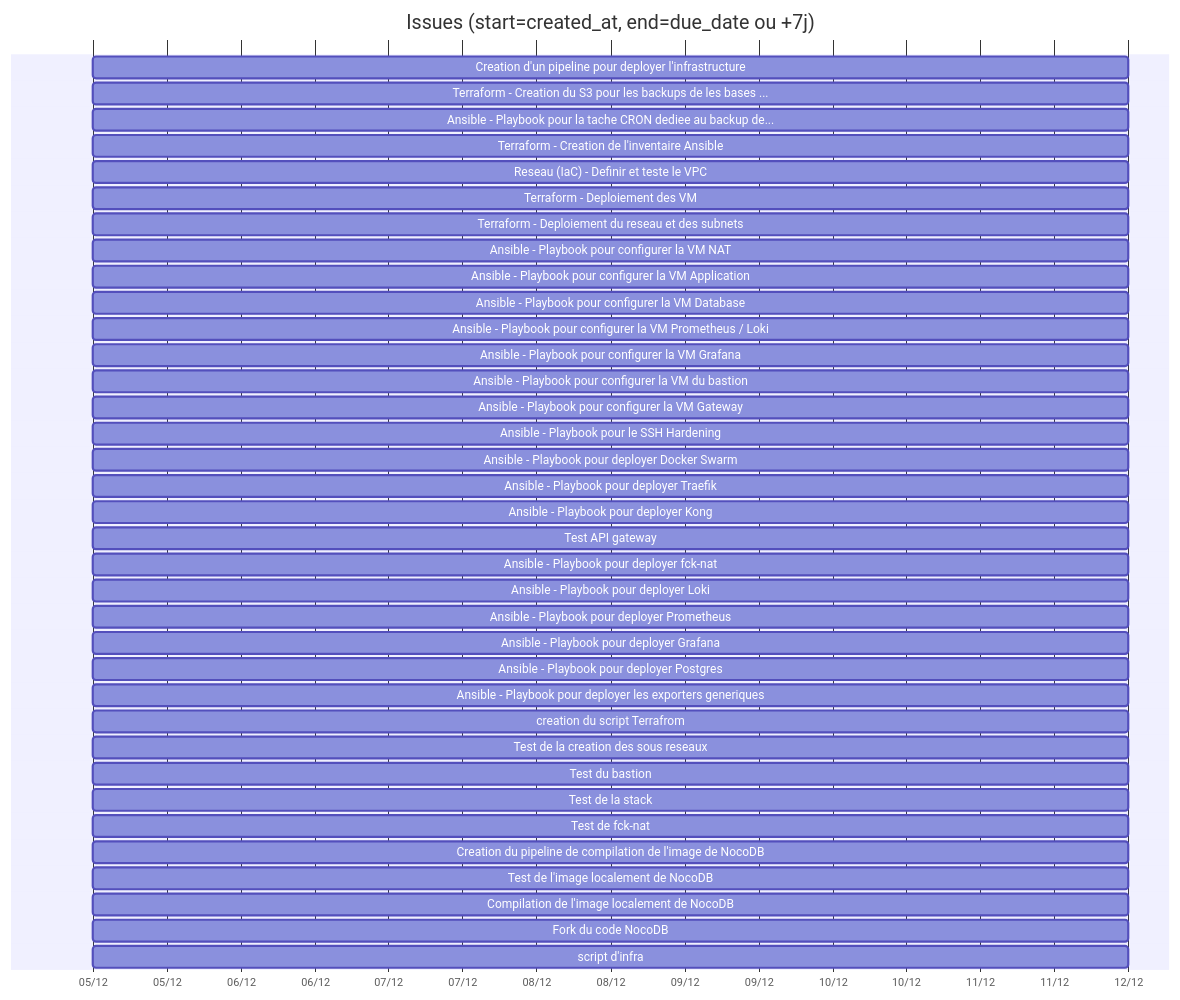
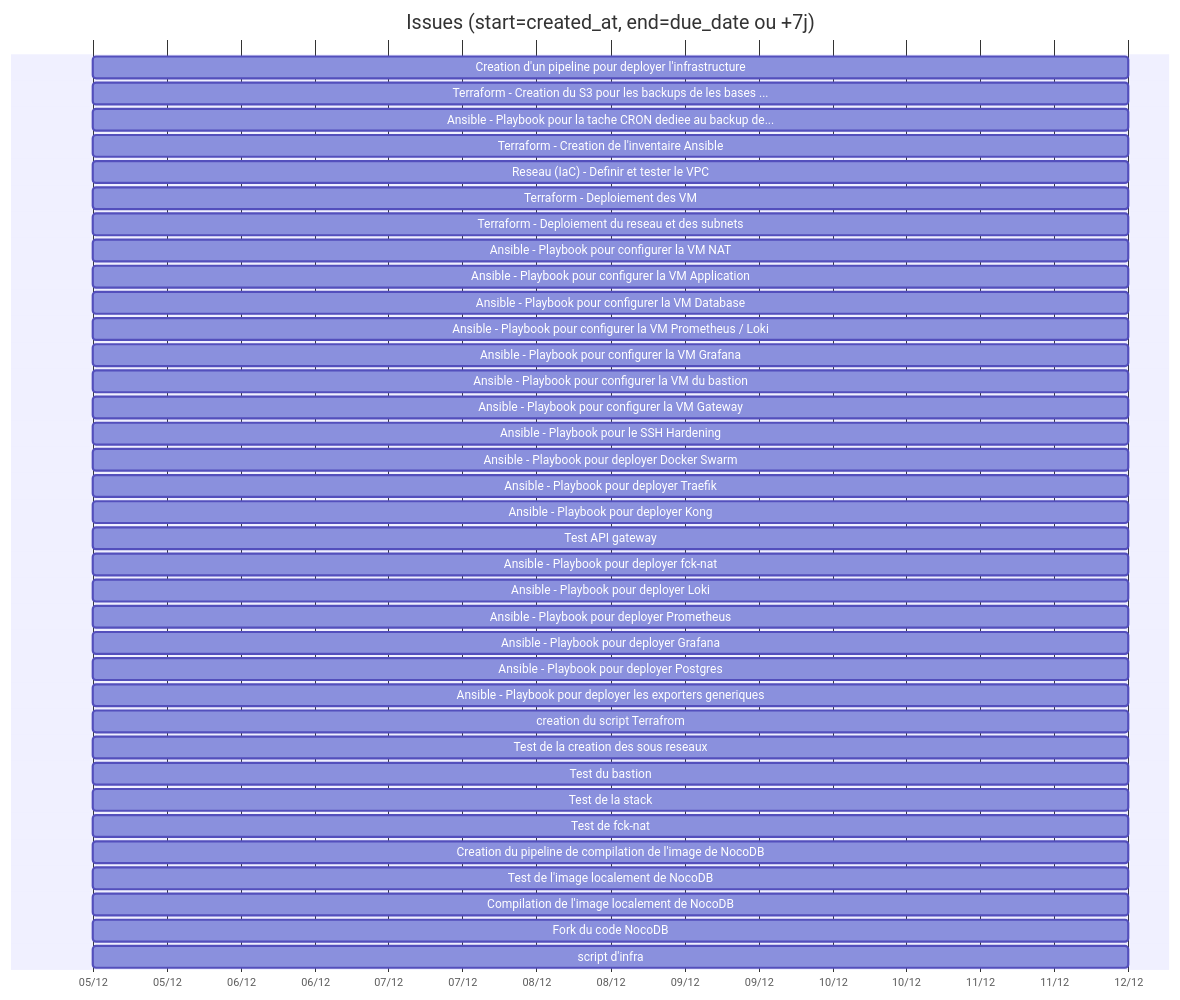
Before and after one commit to Gooseppr/GevOps_LC: the tenth of 10 diagrams in modules/M40.projet-test.md, drawn with Mermaid. The commit also changed other lines of this file, not shown here.

````diff
--- a/modules/M40.projet-test.md
+++ b/modules/M40.projet-test.md
@@ -490,41 +235,41 @@
 ```mermaid
 gantt
     title Issues (start=created_at, end=due_date ou +7j)
     dateFormat  YYYY-MM-DD
     axisFormat  %d/%m
     Creation d'un pipeline pour deployer l'infrastructure : 2025-12-05, 7d
     Terraform - Creation du S3 pour les backups de les bases ... : 2025-12-05, 7d
     Ansible - Playbook pour la tache CRON dediee au backup de... : 2025-12-05, 7d
     Terraform - Creation de l'inventaire Ansible : 2025-12-05, 7d
-    Reseau (IaC) - Definir et teste le VPC : 2025-12-05, 7d
+    Reseau (IaC) - Definir et tester le VPC : 2025-12-05, 7d
     Terraform - Deploiement des VM : 2025-12-05, 7d
     Terraform - Deploiement du reseau et des subnets : 2025-12-05, 7d
     Ansible - Playbook pour configurer la VM NAT : 2025-12-05, 7d
     Ansible - Playbook pour configurer la VM Application : 2025-12-05, 7d
     Ansible - Playbook pour configurer la VM Database : 2025-12-05, 7d
     Ansible - Playbook pour configurer la VM Prometheus / Loki : 2025-12-05, 7d
     Ansible - Playbook pour configurer la VM Grafana : 2025-12-05, 7d
     Ansible - Playbook pour configurer la VM du bastion : 2025-12-05, 7d
     Ansible - Playbook pour configurer la VM Gateway : 2025-12-05, 7d
     Ansible - Playbook pour le SSH Hardening : 2025-12-05, 7d
     Ansible - Playbook pour deployer Docker Swarm : 2025-12-05, 7d
     Ansible - Playbook pour deployer Traefik : 2025-12-05, 7d
     Ansible - Playbook pour deployer Kong : 2025-12-05, 7d
     Test API gateway : 2025-12-05, 7d
     Ansible - Playbook pour deployer fck-nat : 2025-12-05, 7d
     Ansible - Playbook pour deployer Loki : 2025-12-05, 7d
     Ansible - Playbook pour deployer Prometheus : 2025-12-05, 7d
     Ansible - Playbook pour deployer Grafana : 2025-12-05, 7d
     Ansible - Playbook pour deployer Postgres : 2025-12-05, 7d
     Ansible - Playbook pour deployer les exporters generiques : 2025-12-05, 7d
     creation du script Terrafrom : 2025-12-05, 7d
     Test de la creation des sous reseaux : 2025-12-05, 7d
     Test du bastion : 2025-12-05, 7d
     Test de la stack : 2025-12-05, 7d
     Test de fck-nat : 2025-12-05, 7d
     Creation du pipeline de compilation de l'image de NocoDB : 2025-12-05, 7d
     Test de l'image localement de NocoDB : 2025-12-05, 7d
     Compilation de l'image localement de NocoDB : 2025-12-05, 7d
     Fork du code NocoDB : 2025-12-05, 7d
     script d'infra : 2025-12-05, 7d
 ```
````
